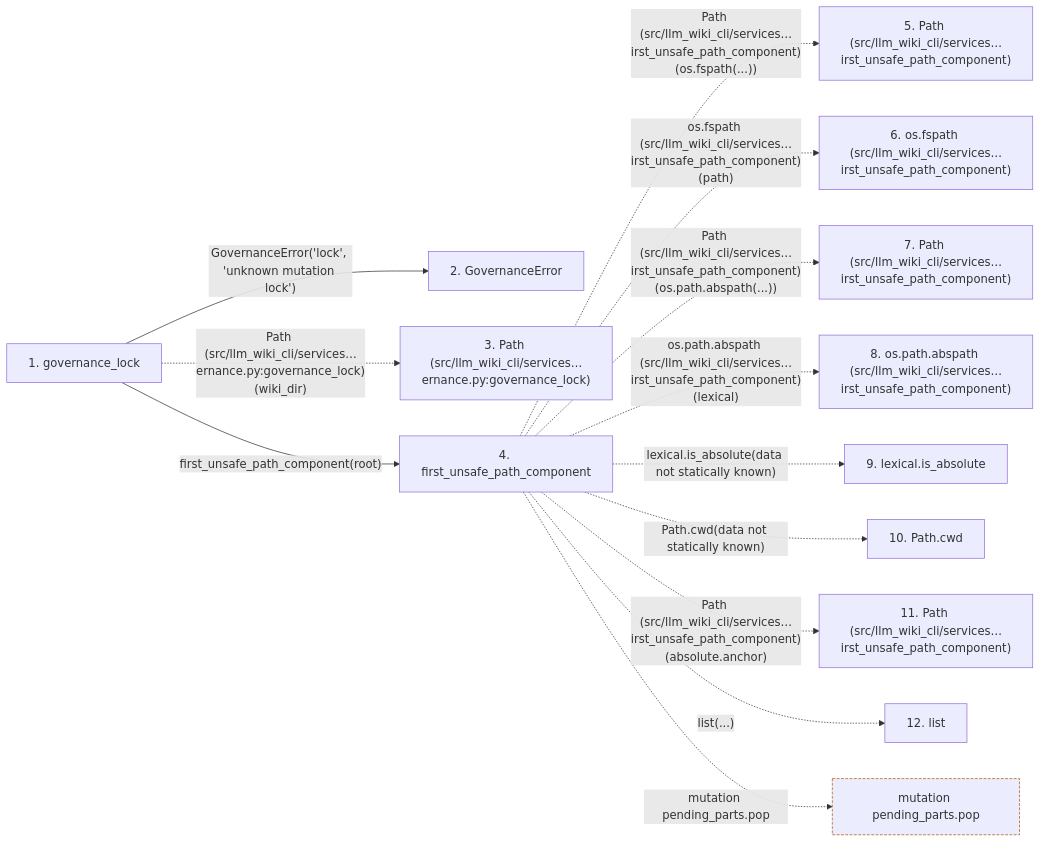
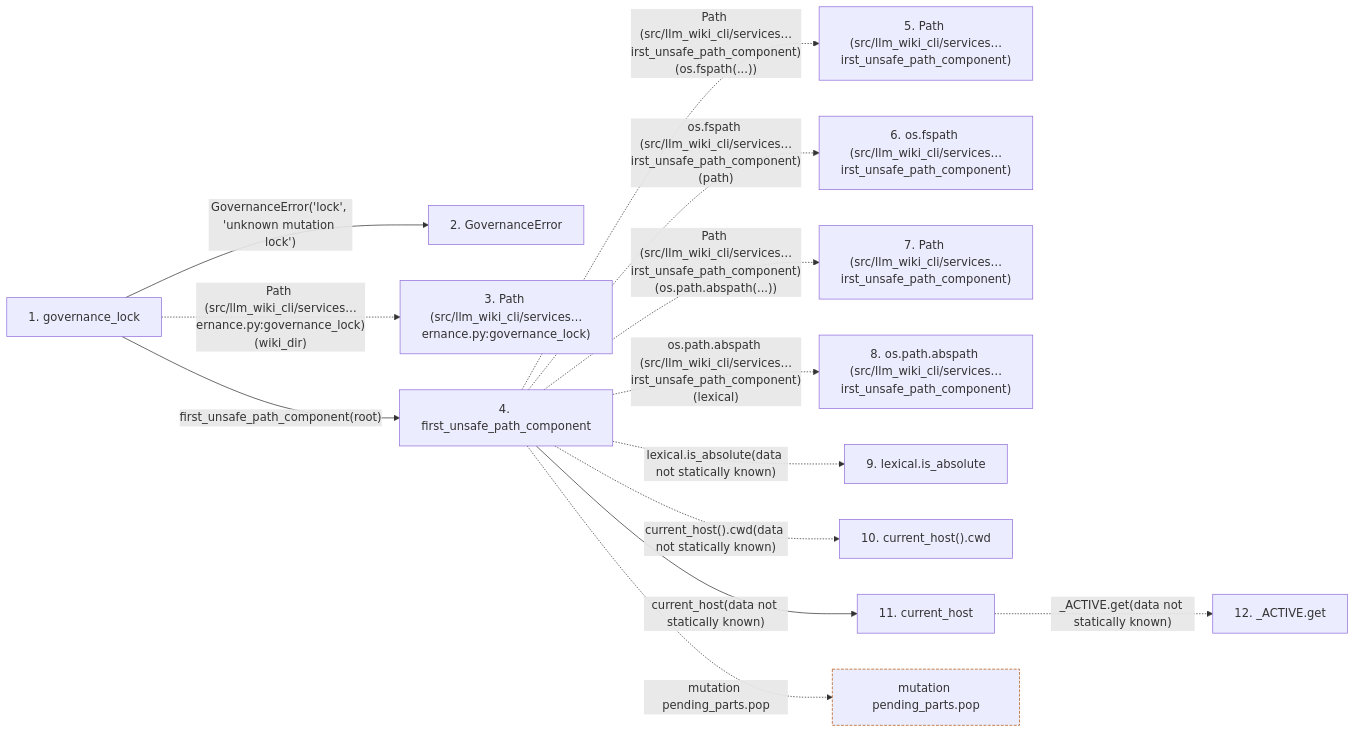
One commit to Denissvgn/python-wiki-llm changed the second of 2 diagrams in docs/llm_wiki/flows/api-governance_lock.md. Above: the diagram before and after it, drawn with Mermaid. The commit also changed other lines of this file and 1555 other files, not shown here.

````diff
--- a/docs/llm_wiki/flows/api-governance_lock.md
+++ b/docs/llm_wiki/flows/api-governance_lock.md
@@ -118,33 +120,34 @@
 ```mermaid
 flowchart LR
     s1["1. governance_lock"]
     s2["2. GovernanceError"]
     s3["3. Path (src/llm_wiki_cli/services…ernance.py:governance_lock)"]
     s4["4. first_unsafe_path_component"]
     s5["5. Path (src/llm_wiki_cli/services…irst_unsafe_path_component)"]
     s6["6. os.fspath (src/llm_wiki_cli/services…irst_unsafe_path_component)"]
     s7["7. Path (src/llm_wiki_cli/services…irst_unsafe_path_component)"]
     s8["8. os.path.abspath (src/llm_wiki_cli/services…irst_unsafe_path_component)"]
     s9["9. lexical.is_absolute"]
-    s10["10. Path.cwd"]
-    s11["11. Path (src/llm_wiki_cli/services…irst_unsafe_path_component)"]
-    s12["12. list"]
+    s10["10. current_host().cwd"]
+    s11["11. current_host"]
+    s12["12. _ACTIVE.get"]
     s1 -->|"GovernanceError('lock', 'unknown mutation lock')"| s2
     s1 -. "Path (src/llm_wiki_cli/services…ernance.py:governance_lock)(wiki_dir)" .-> s3
     s1 -->|"first_unsafe_path_component(root)"| s4
     s4 -. "Path (src/llm_wiki_cli/services…irst_unsafe_path_component)(os.fspath(...))" .-> s5
     s4 -. "os.fspath (src/llm_wiki_cli/services…irst_unsafe_path_component)(path)" .-> s6
     s4 -. "Path (src/llm_wiki_cli/services…irst_unsafe_path_component)(os.path.abspath(...))" .-> s7
     s4 -. "os.path.abspath (src/llm_wiki_cli/services…irst_unsafe_path_component)(lexical)" .-> s8
     s4 -. "lexical.is_absolute(data not statically known)" .-> s9
-    s4 -. "Path.cwd(data not statically known)" .-> s10
-    s4 -. "Path (src/llm_wiki_cli/services…irst_unsafe_path_component)(absolute.anchor)" .-> s11
-    s4 -. "list(...)" .-> s12
+    s4 -. "current_host().cwd(data not statically known)" .-> s10
+    s4 -->|"current_host(data not statically known)"| s11
+    s11 -. "_ACTIVE.get(data not statically known)" .-> s12
     b0["mutation pending_parts.pop"]
     s4 -. "mutation pending_parts.pop" .-> b0
     click s1 "../modules/knowledge_governance.md"
     click s2 "../modules/knowledge_governance.md"
     click s4 "../modules/io.md"
+    click s11 "../modules/host.md"
     classDef boundary stroke:#b45309,stroke-dasharray: 4 2
     class b0 boundary
 ```
````
